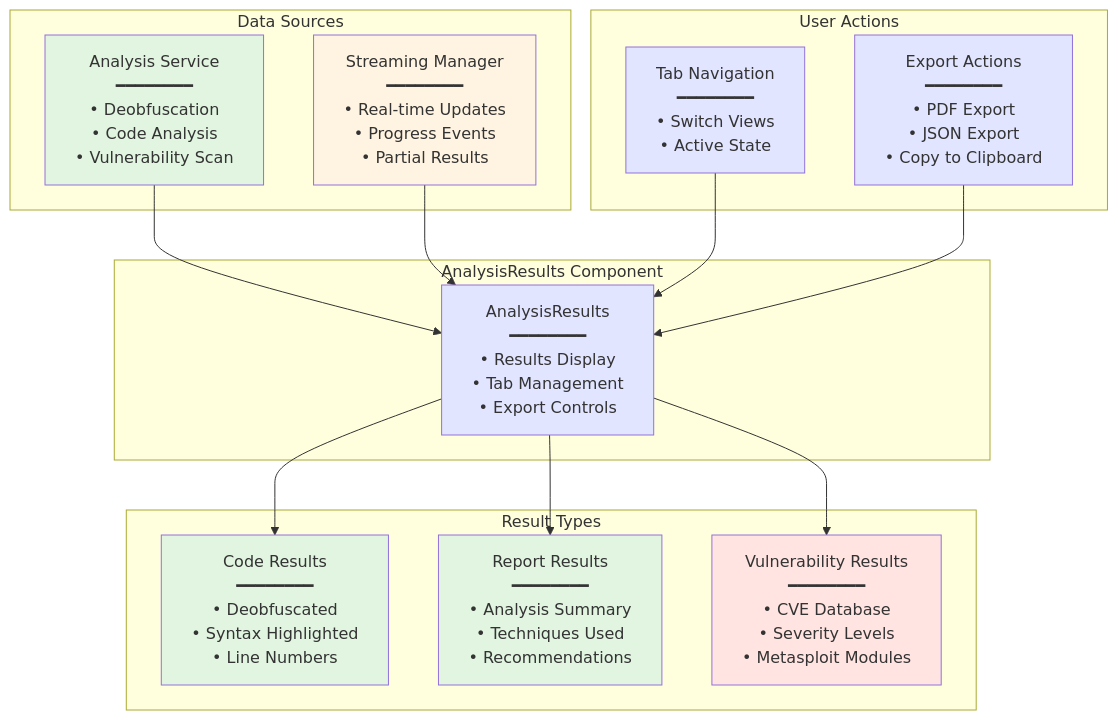
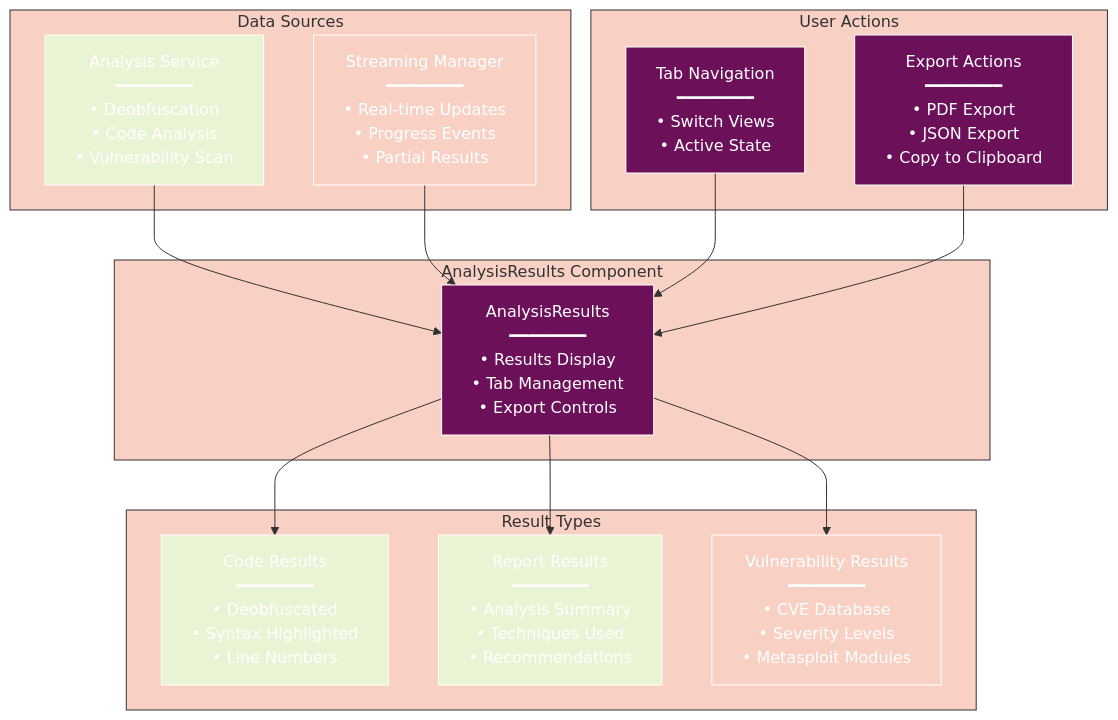
Before and after one commit to radicalkjax/Athena: the first of 12 diagrams in docs/components/ANALYSIS_RESULTS.md, drawn with Mermaid. The commit also changed other lines of this file and 27 other files, not shown here.

Commit message:
Introduction of expo package manager. Updated docs to reflect changes. Unified mermaid theme for docs.

````diff
--- a/docs/components/ANALYSIS_RESULTS.md
+++ b/docs/components/ANALYSIS_RESULTS.md
@@ -33,39 +33,60 @@
 ```mermaid
+%%{init: {
+  'theme': 'base',
+  'themeVariables': {
+    'primaryColor': '#6d105a',
+    'primaryTextColor': '#ffffff',
+    'primaryBorderColor': '#ffffff',
+    'lineColor': '#333333',
+    'secondaryColor': '#e8f4d4',
+    'secondaryTextColor': '#333333',
+    'secondaryBorderColor': '#333333',
+    'tertiaryColor': '#f9d0c4',
+    'tertiaryTextColor': '#333333',
+    'tertiaryBorderColor': '#333333',
+    'background': '#ffffff',
+    'mainBkg': '#6d105a',
+    'secondBkg': '#e8f4d4',
+    'tertiaryBkg': '#f9d0c4',
+    'textColor': '#333333',
+    'fontFamily': 'Arial, sans-serif'
+  }
+}}%%
 graph TD
     subgraph "AnalysisResults Component"
         A[AnalysisResults<br/>━━━━━━━━<br/>• Results Display<br/>• Tab Management<br/>• Export Controls]
     end
     
     subgraph "Data Sources"
         B[Analysis Service<br/>━━━━━━━━<br/>• Deobfuscation<br/>• Code Analysis<br/>• Vulnerability Scan]
         C[Streaming Manager<br/>━━━━━━━━<br/>• Real-time Updates<br/>• Progress Events<br/>• Partial Results]
     end
     
     subgraph "Result Types"
         D[Code Results<br/>━━━━━━━━<br/>• Deobfuscated<br/>• Syntax Highlighted<br/>• Line Numbers]
         E[Report Results<br/>━━━━━━━━<br/>• Analysis Summary<br/>• Techniques Used<br/>• Recommendations]
         F[Vulnerability Results<br/>━━━━━━━━<br/>• CVE Database<br/>• Severity Levels<br/>• Metasploit Modules]
     end
     
     subgraph "User Actions"
         G[Tab Navigation<br/>━━━━━━━━<br/>• Switch Views<br/>• Active State]
         H[Export Actions<br/>━━━━━━━━<br/>• PDF Export<br/>• JSON Export<br/>• Copy to Clipboard]
     end
     
     B --> A
     C --> A
     A --> D
     A --> E
     A --> F
     G --> A
     H --> A
     
-    style A fill:#e1e5ff
-    style B fill:#e1f5e1
-    style C fill:#fff4e1
-    style D fill:#e1f5e1
-    style E fill:#e1f5e1
-    style F fill:#ffe4e1
-    style G fill:#e1e5ff
-    style H fill:#e1e5ff
+    style A fill:#6d105a
+    style B fill:#e8f4d4
+    style C fill:#f9d0c4
+    style D fill:#e8f4d4
+    style E fill:#e8f4d4
+    style F fill:#f9d0c4
+    style G fill:#6d105a
+    style H fill:#6d105a
 ```
````
